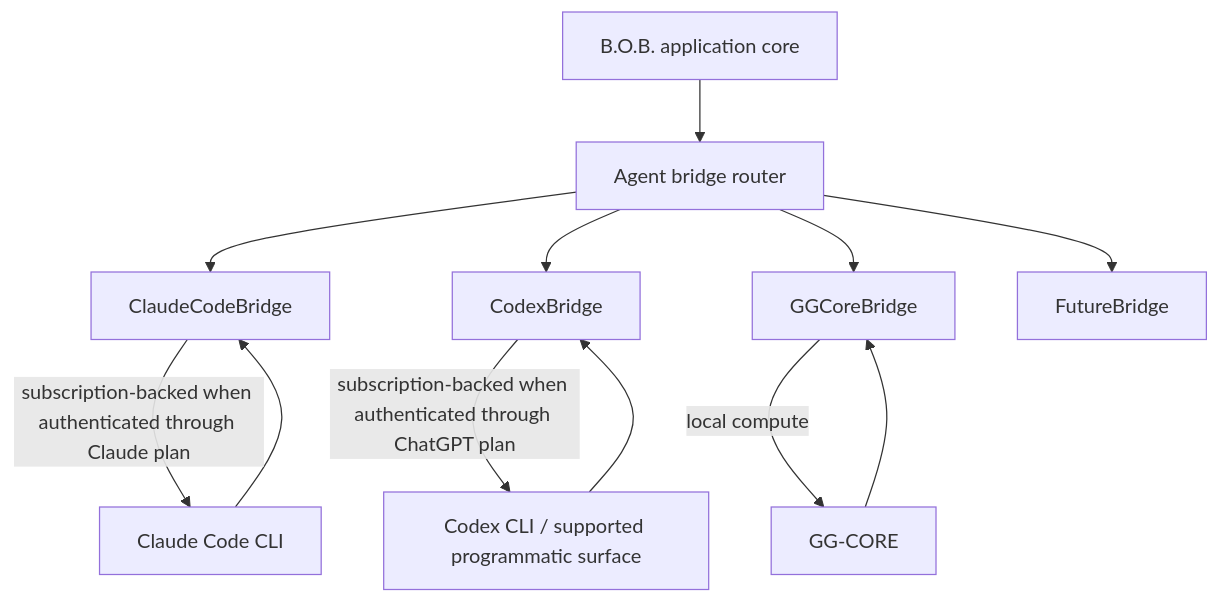
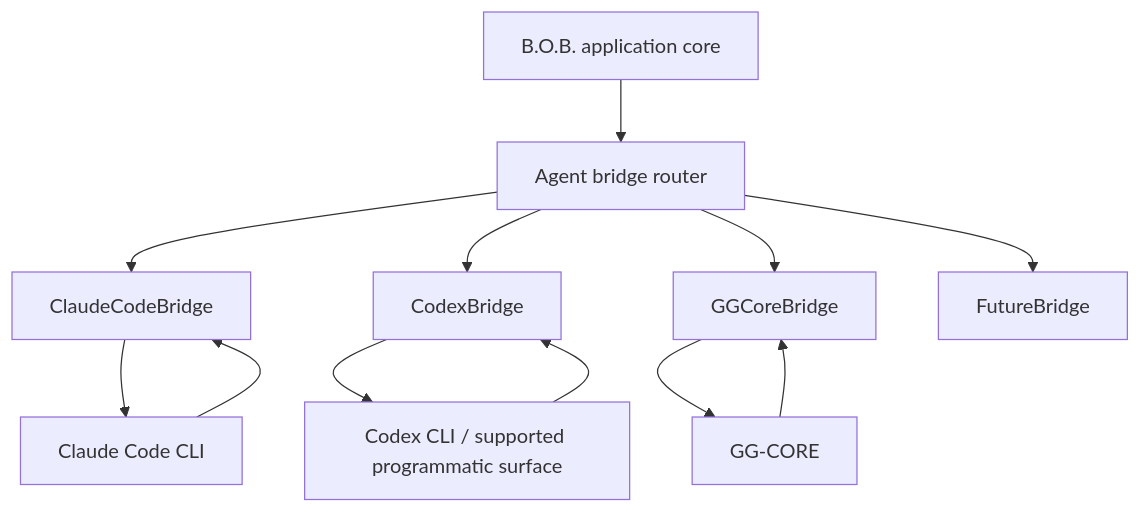
The second of 6 diagrams in README.md (Knapp-Kevin/B.O.B.), drawn with Mermaid before and after one commit. The commit also changed other lines of this file, not shown here.

````diff
--- a/README.md
+++ b/README.md
@@ -132,17 +138,17 @@
 ```mermaid
 flowchart TB
     B[B.O.B. application core] --> ROUTER[Agent bridge router]
 
     ROUTER --> CLAUDE[ClaudeCodeBridge]
     ROUTER --> CODEX[CodexBridge]
     ROUTER --> LOCAL[GGCoreBridge]
     ROUTER --> FUTURE[FutureBridge]
 
-    CLAUDE -->|subscription-backed when authenticated through Claude plan| CCLI[Claude Code CLI]
-    CODEX -->|subscription-backed when authenticated through ChatGPT plan| XCLI[Codex CLI / supported programmatic surface]
-    LOCAL -->|local compute| GG[GG-CORE]
+    CLAUDE --> CCLI[Claude Code CLI]
+    CODEX --> XCLI[Codex CLI / supported programmatic surface]
+    LOCAL --> GG[GG-CORE]
 
     CCLI --> CLAUDE
     XCLI --> CODEX
     GG --> LOCAL
 ```
````
